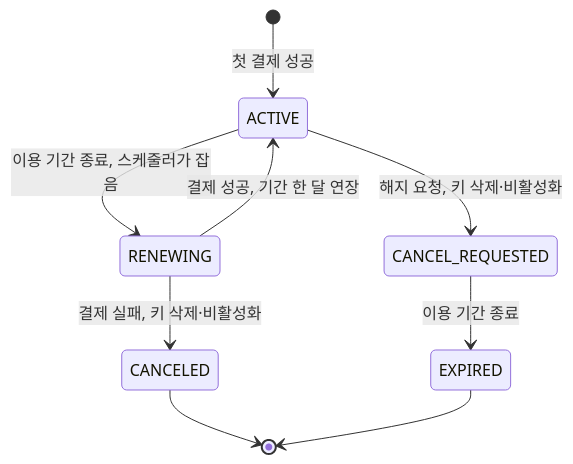
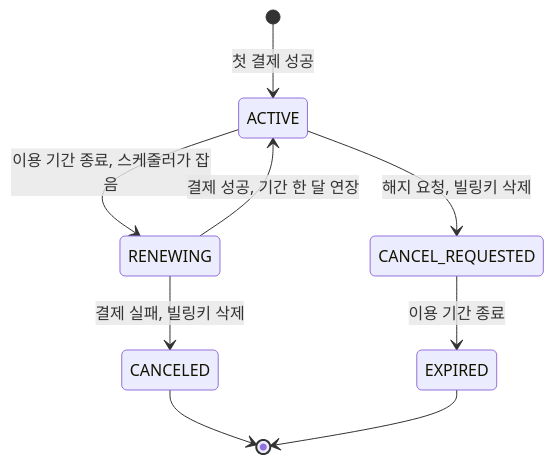
Before and after one commit to likelion-backendschool-9th/DevMozip: the second of 3 diagrams in docs/premium-payment-plan.md, drawn with Mermaid. The commit also changed other lines of this file and 102 other files, not shown here.

````diff
--- a/docs/premium-payment-plan.md
+++ b/docs/premium-payment-plan.md
@@ -128,11 +148,11 @@
 ```mermaid
 stateDiagram-v2
     [*] --> ACTIVE: 첫 결제 성공
     ACTIVE --> RENEWING: 이용 기간 종료, 스케줄러가 잡음
     RENEWING --> ACTIVE: 결제 성공, 기간 한 달 연장
-    RENEWING --> CANCELED: 결제 실패, 키 삭제·비활성화
-    ACTIVE --> CANCEL_REQUESTED: 해지 요청, 키 삭제·비활성화
+    RENEWING --> CANCELED: 결제 실패, 빌링키 삭제
+    ACTIVE --> CANCEL_REQUESTED: 해지 요청, 빌링키 삭제
     CANCEL_REQUESTED --> EXPIRED: 이용 기간 종료
     CANCELED --> [*]
     EXPIRED --> [*]
 ```
````
